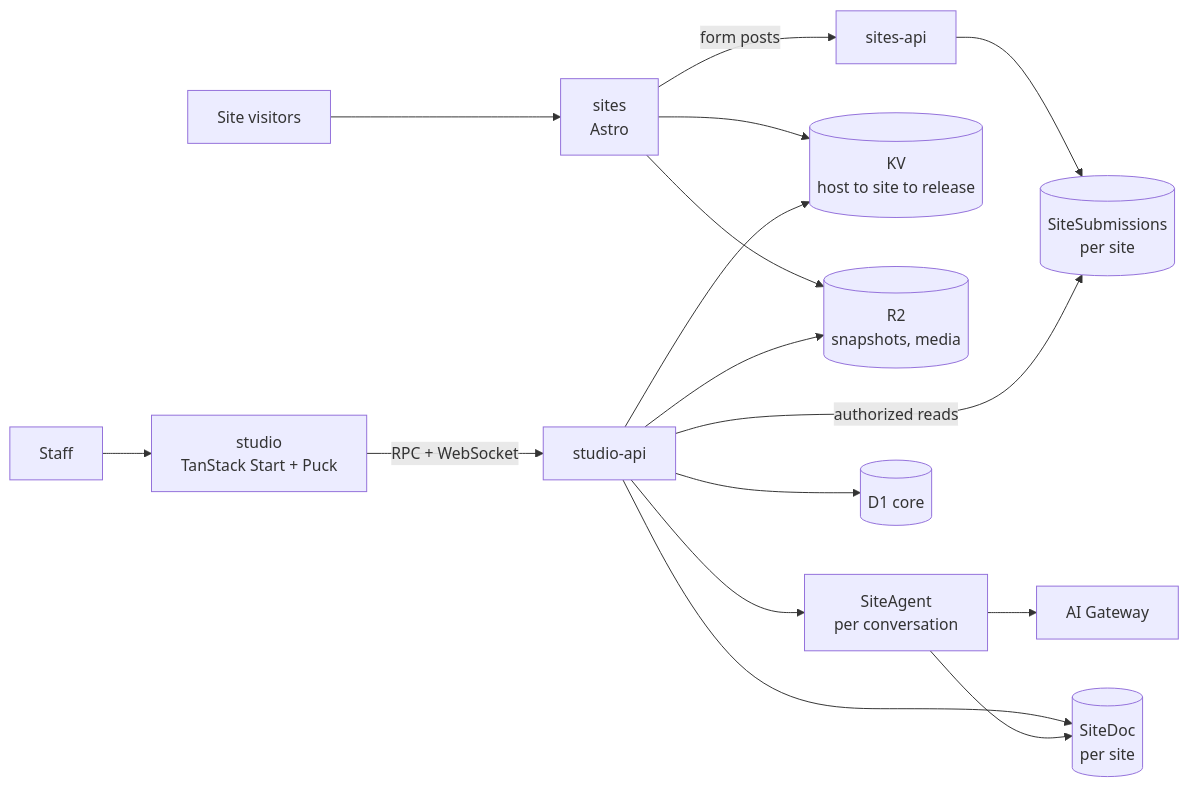
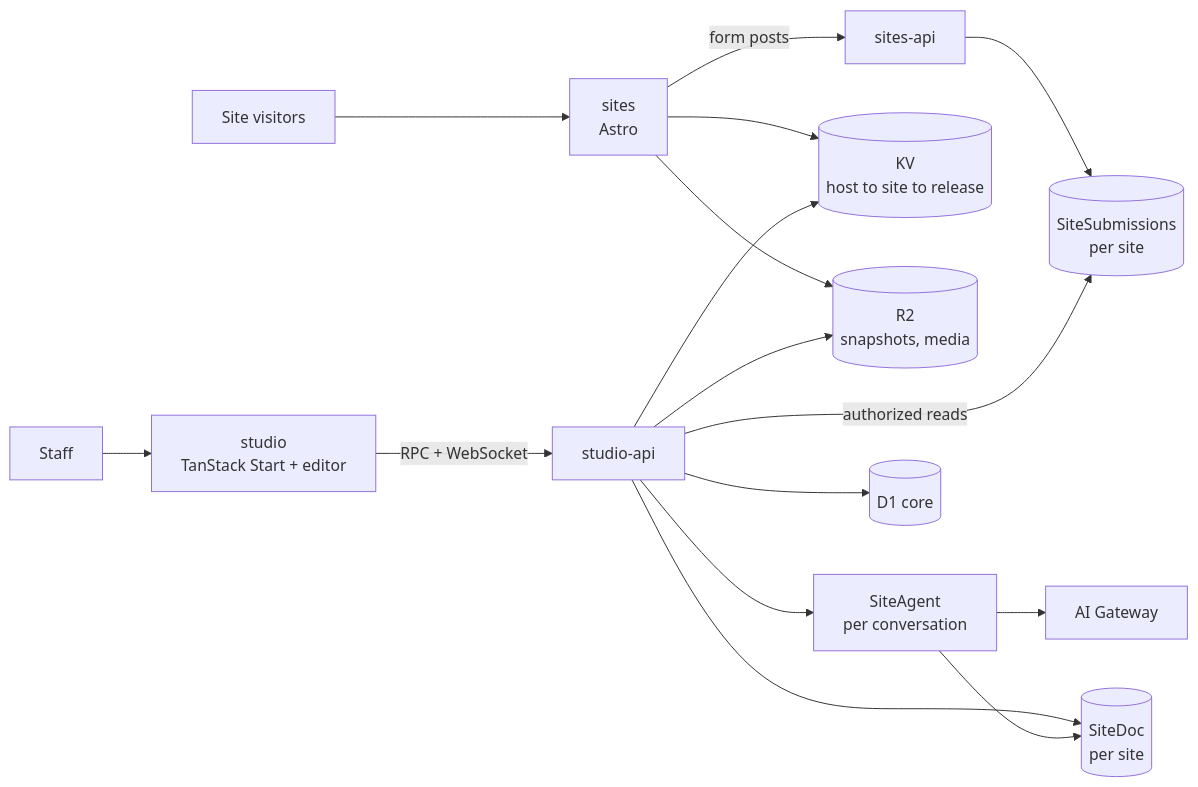
One commit to AdiRishi/pakshi changed the first of 2 diagrams in docs/technical-design.mdx. Above: the diagram before and after it, drawn with Mermaid. The commit also changed other lines of this file and 6 other files, not shown here.

First line of the commit message:
Replace Puck with our own editor, specified in docs/editor.mdx

````diff
--- a/docs/technical-design.mdx
+++ b/docs/technical-design.mdx
@@ -16,18 +16,18 @@
 ```mermaid
 flowchart LR
   V[Site visitors] --> S[sites<br/>Astro]
   S -->|form posts| SA[sites-api]
   S --> KV[(KV<br/>host to site to release)]
   S --> R2[(R2<br/>snapshots, media)]
   SA --> SUB[(SiteSubmissions<br/>per site)]
-  U[Staff] --> ST[studio<br/>TanStack Start + Puck]
+  U[Staff] --> ST[studio<br/>TanStack Start + editor]
   ST -->|RPC + WebSocket| API[studio-api]
   API --> DO[(SiteDoc<br/>per site)]
   API --> AG[SiteAgent<br/>per conversation]
   AG --> DO
   AG --> GW[AI Gateway]
   API --> CORE[(D1 core)]
   API --> R2
   API --> KV
   API -->|authorized reads| SUB
 ```
````
